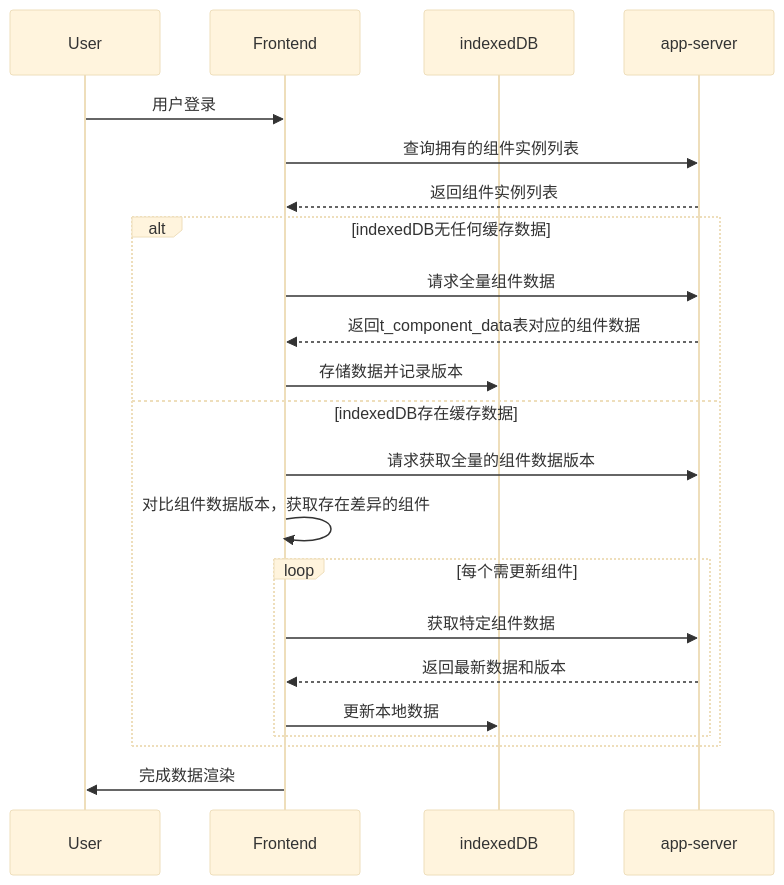
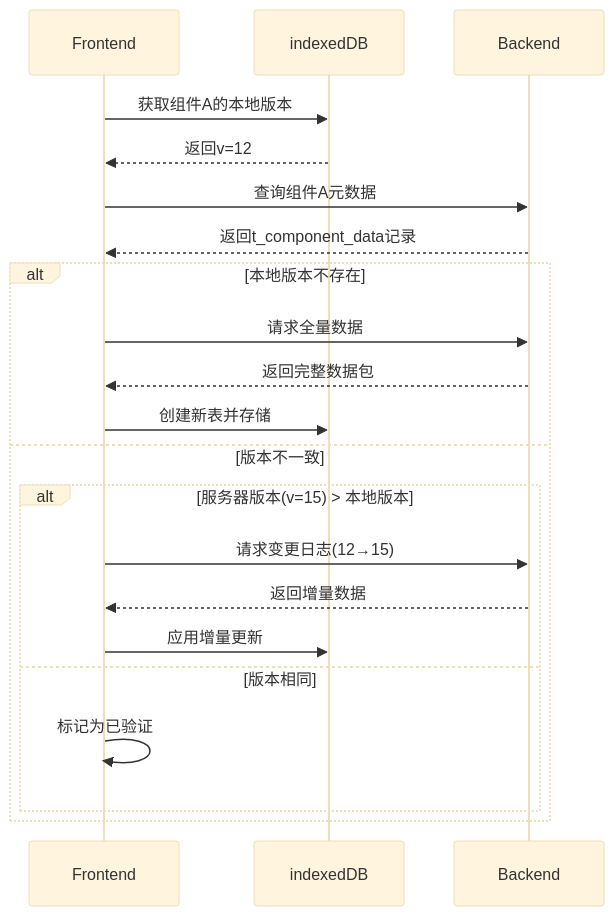
Before and after one commit to yingjianzh/iodraw-files: the diagram in all/未命名-24.md, drawn with Mermaid (base theme).

Commit message:
2025-02-24 17:13:20 update

````diff
--- a/all/未命名-24.md
+++ b/all/未命名-24.md
@@ -1,26 +1,26 @@
 ```mermaid
 sequenceDiagram
-    participant User
     participant Frontend
     participant indexedDB
-    participant app-server
+    participant Backend
 
-    User->>Frontend: 用户登录
-    Frontend->>app-server: 查询拥有的组件实例列表
-    app-server-->>Frontend: 返回组件实例列表
+    Frontend->>indexedDB: 获取组件A的本地版本
+    indexedDB-->>Frontend: 返回v=12
     
-    alt indexedDB无任何缓存数据
-        Frontend->>app-server: 请求全量组件数据
-        app-server-->>Frontend: 返回t_component_data表对应的组件数据
-        Frontend->>indexedDB: 存储数据并记录版本
-    else indexedDB存在缓存数据
-        Frontend->>app-server: 请求获取全量的组件数据版本
-        Frontend->>Frontend: 对比组件数据版本，获取存在差异的组件
-        loop 每个需更新组件
-            Frontend->>app-server: 获取特定组件数据
-            app-server-->>Frontend: 返回最新数据和版本
-            Frontend->>indexedDB: 更新本地数据
+    Frontend->>Backend: 查询组件A元数据
+    Backend-->>Frontend: 返回t_component_data记录
+    
+    alt 本地版本不存在
+        Frontend->>Backend: 请求全量数据
+        Backend-->>Frontend: 返回完整数据包
+        Frontend->>indexedDB: 创建新表并存储
+    else 版本不一致
+        alt 服务器版本(v=15) > 本地版本
+            Frontend->>Backend: 请求变更日志(12→15)
+            Backend-->>Frontend: 返回增量数据
+            Frontend->>indexedDB: 应用增量更新
+        else 版本相同
+            Frontend->>Frontend: 标记为已验证
         end
     end
-    Frontend->>User: 完成数据渲染
 ```
````
